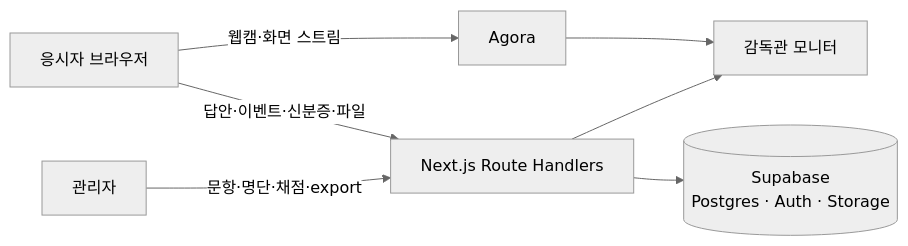
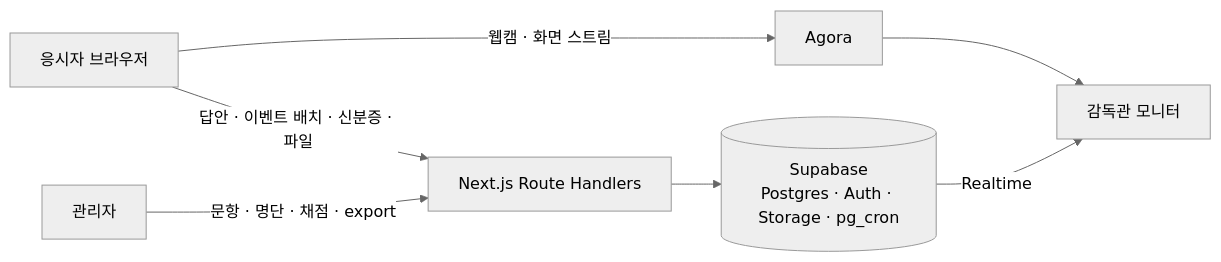
The diagram in README.md (SSEUNGSSEUNGWOO/cbt-casestudy), drawn with Mermaid (neutral theme) before and after one commit. The commit also changed other lines of this file and 4 other files, not shown here.

````diff
--- a/README.md
+++ b/README.md
@@ -34,9 +52,9 @@
 ```mermaid
 flowchart LR
-  A[응시자 브라우저] -->|웹캠·화면 스트림| AG[Agora]
-  A -->|답안·이벤트·신분증·파일| NX[Next.js Route Handlers]
-  NX --> DB[(Supabase<br/>Postgres · Auth · Storage)]
+  A[응시자 브라우저] -->|웹캠 · 화면 스트림| AG[Agora]
+  A -->|답안 · 이벤트 배치 · 신분증 · 파일| NX[Next.js Route Handlers]
+  NX --> DB[(Supabase<br/>Postgres · Auth · Storage · pg_cron)]
   AG --> M[감독관 모니터]
-  NX --> M
-  AD[관리자] -->|문항·명단·채점·export| NX
+  DB -->|Realtime| M
+  AD[관리자] -->|문항 · 명단 · 채점 · export| NX
 ```
````
